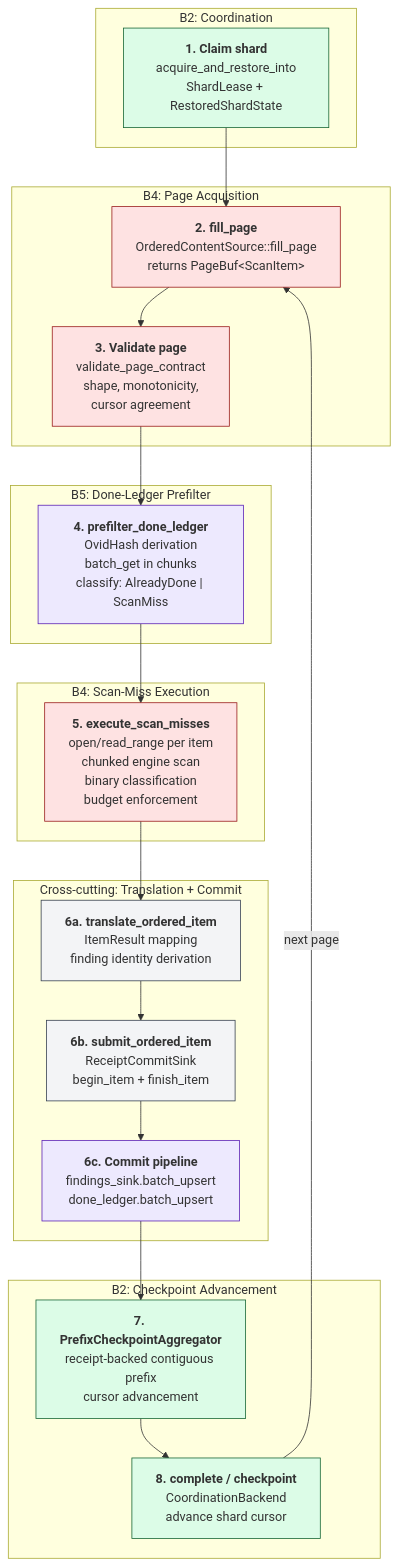
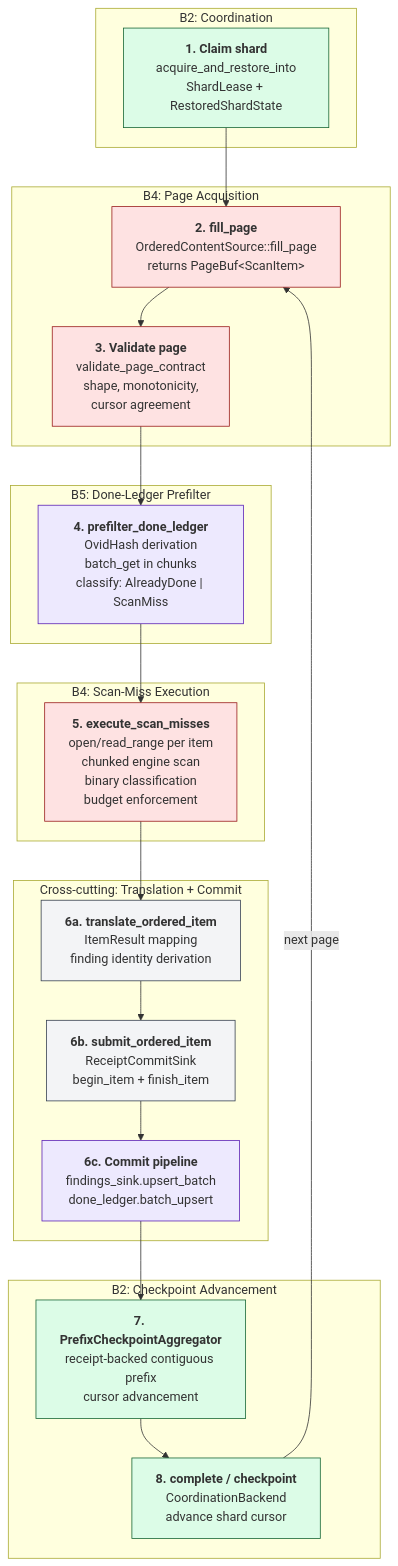
The first of 5 diagrams in diagrams/15-ordered-content-scan-flow.md (ahrav/Gossip-rs), drawn with Mermaid before and after one commit. The commit also changed other lines of this file, not shown here.

First line of the commit message:
``` Clarify page loop completion semantics and update diagram cross-references

````diff
--- a/diagrams/15-ordered-content-scan-flow.md
+++ b/diagrams/15-ordered-content-scan-flow.md
@@ -26,53 +26,53 @@
 ```mermaid
 %% Diagram: ordered-content-shard-lifecycle
 graph TD
     subgraph Coordination["B2: Coordination"]
         CLAIM["<b>1. Claim shard</b><br/>acquire_and_restore_into<br/>ShardLease + RestoredShardState"]
     end
 
     subgraph PageAcq["B4: Page Acquisition"]
         FILL["<b>2. fill_page</b><br/>OrderedContentSource::fill_page<br/>returns PageBuf&lt;ScanItem&gt;"]
         VAL["<b>3. Validate page</b><br/>validate_page_contract<br/>shape, monotonicity,<br/>cursor agreement"]
     end
 
     subgraph Prefilter["B5: Done-Ledger Prefilter"]
         PRE["<b>4. prefilter_done_ledger</b><br/>OvidHash derivation<br/>batch_get in chunks<br/>classify: AlreadyDone | ScanMiss"]
     end
 
     subgraph Execution["B4: Scan-Miss Execution"]
         EXEC["<b>5. execute_scan_misses</b><br/>open/read_range per item<br/>chunked engine scan<br/>binary classification<br/>budget enforcement"]
     end
 
     subgraph Translation["Cross-cutting: Translation + Commit"]
         XLAT["<b>6a. translate_ordered_item</b><br/>ItemResult mapping<br/>finding identity derivation"]
         SINK["<b>6b. submit_ordered_item</b><br/>ReceiptCommitSink<br/>begin_item + finish_item"]
-        PIPE["<b>6c. Commit pipeline</b><br/>findings_sink.batch_upsert<br/>done_ledger.batch_upsert"]
+        PIPE["<b>6c. Commit pipeline</b><br/>findings_sink.upsert_batch<br/>done_ledger.batch_upsert"]
     end
 
     subgraph Checkpoint["B2: Checkpoint Advancement"]
         AGG["<b>7. PrefixCheckpointAggregator</b><br/>receipt-backed contiguous prefix<br/>cursor advancement"]
         COMP["<b>8. complete / checkpoint</b><br/>CoordinationBackend<br/>advance shard cursor"]
     end
 
     CLAIM --> FILL
     FILL --> VAL
     VAL --> PRE
     PRE --> EXEC
     EXEC --> XLAT
     XLAT --> SINK
     SINK --> PIPE
     PIPE --> AGG
     AGG --> COMP
     COMP -->|"next page"| FILL
 
     style CLAIM fill:#DCFCE7,stroke:#166534
     style FILL fill:#FEE2E2,stroke:#991B1B
     style VAL fill:#FEE2E2,stroke:#991B1B
     style PRE fill:#EDE9FE,stroke:#5B21B6
     style EXEC fill:#FEE2E2,stroke:#991B1B
     style XLAT fill:#F3F4F6,stroke:#374151
     style SINK fill:#F3F4F6,stroke:#374151
     style PIPE fill:#EDE9FE,stroke:#5B21B6
     style AGG fill:#DCFCE7,stroke:#166534
     style COMP fill:#DCFCE7,stroke:#166534
 ```
````
